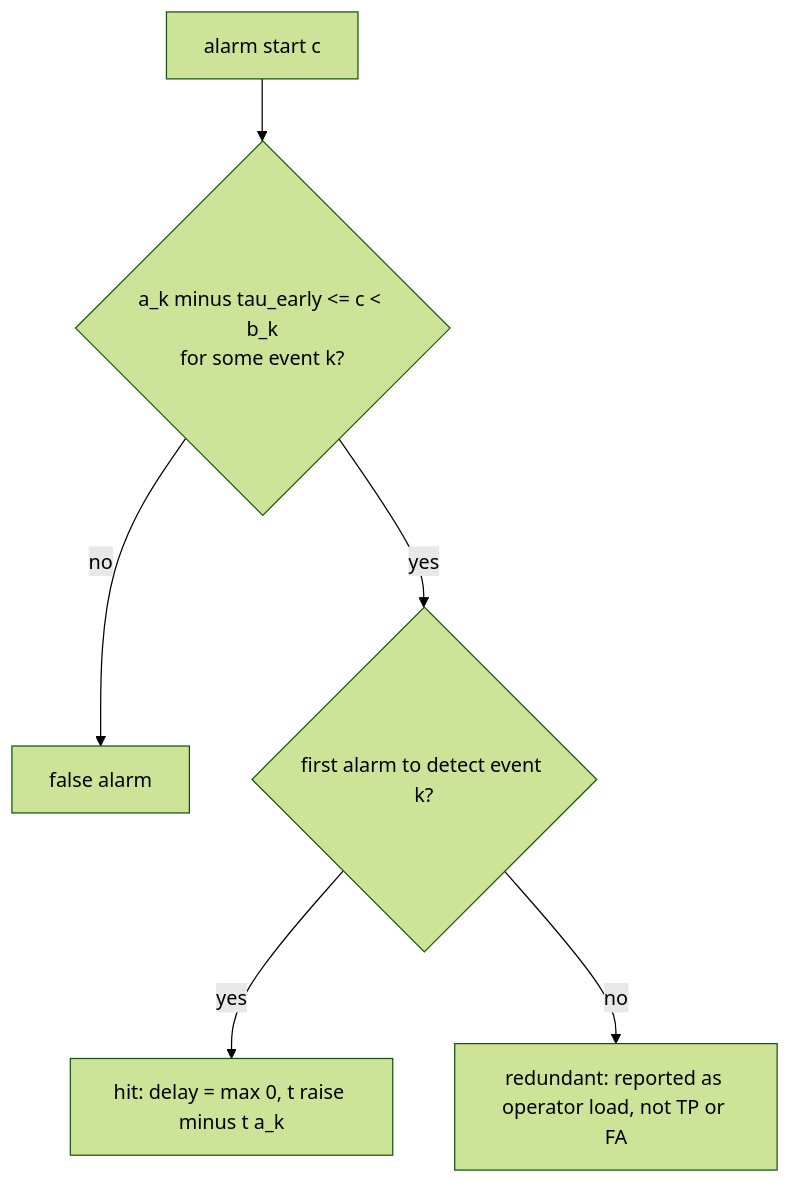
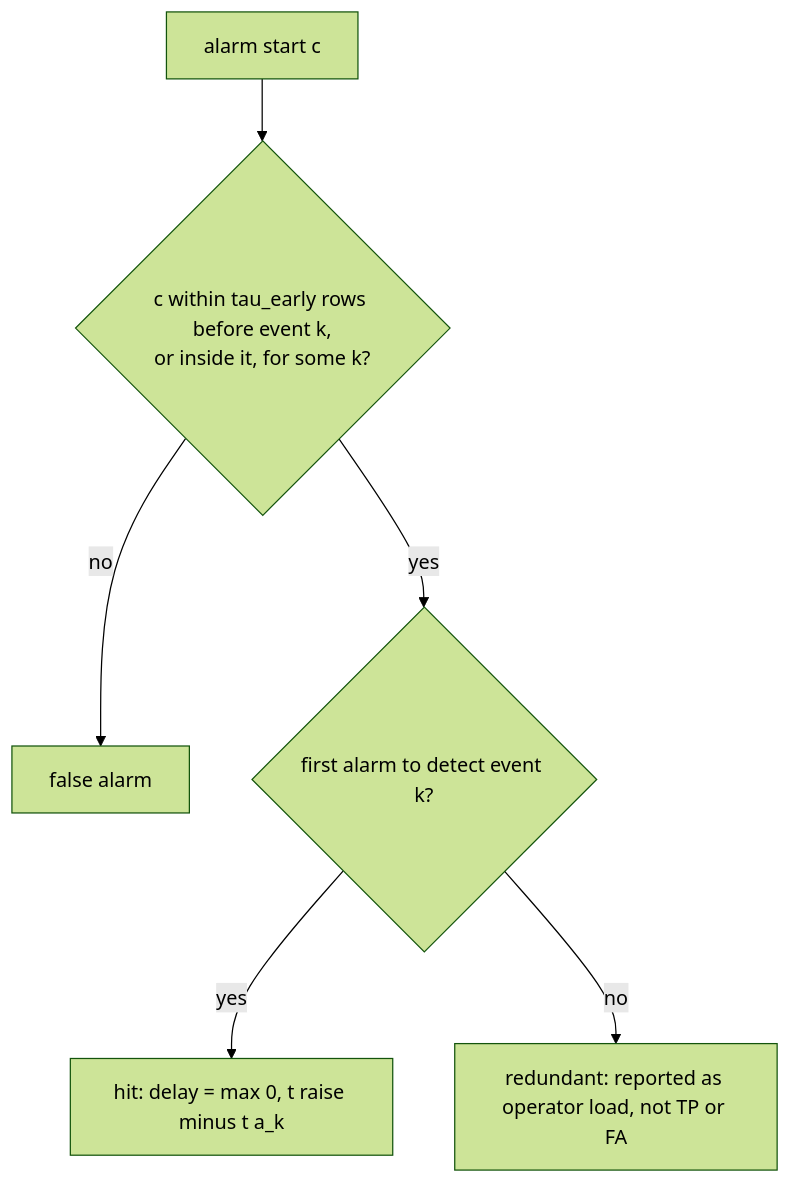
Before and after one commit to berdakh/mlengineering: the diagram in handbook/ch07_timeseries_grouped_modeling/h7_3_event_matching.md, drawn with Mermaid (forest theme). The commit also changed 9 other files, not shown here.

````diff
--- a/handbook/ch07_timeseries_grouped_modeling/h7_3_event_matching.md
+++ b/handbook/ch07_timeseries_grouped_modeling/h7_3_event_matching.md
@@ -36,8 +36,8 @@
 ```mermaid
 flowchart TD
-    A["alarm start c"] --> Q1{"a_k minus tau_early <= c < b_k<br/>for some event k?"}
+    A["alarm start c"] --> Q1{"c within tau_early rows before event k,<br/>or inside it, for some k?"}
     Q1 -- no --> FA["false alarm"]
     Q1 -- yes --> Q2{"first alarm to detect event k?"}
     Q2 -- yes --> HIT["hit: delay = max 0, t raise minus t a_k"]
     Q2 -- no --> RED["redundant: reported as operator load, not TP or FA"]
 ```
````
